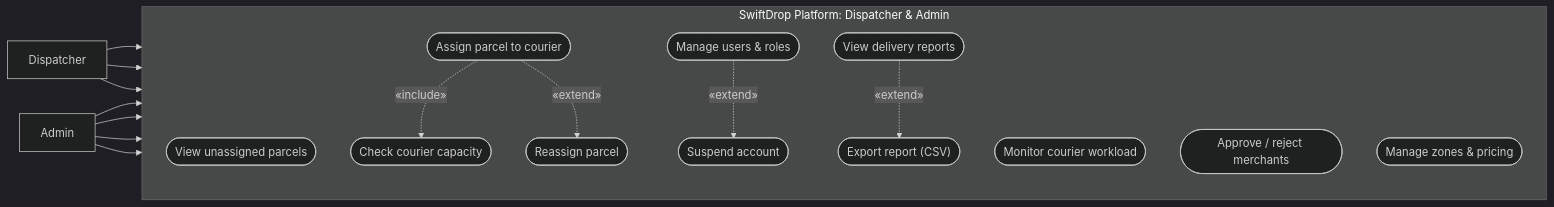
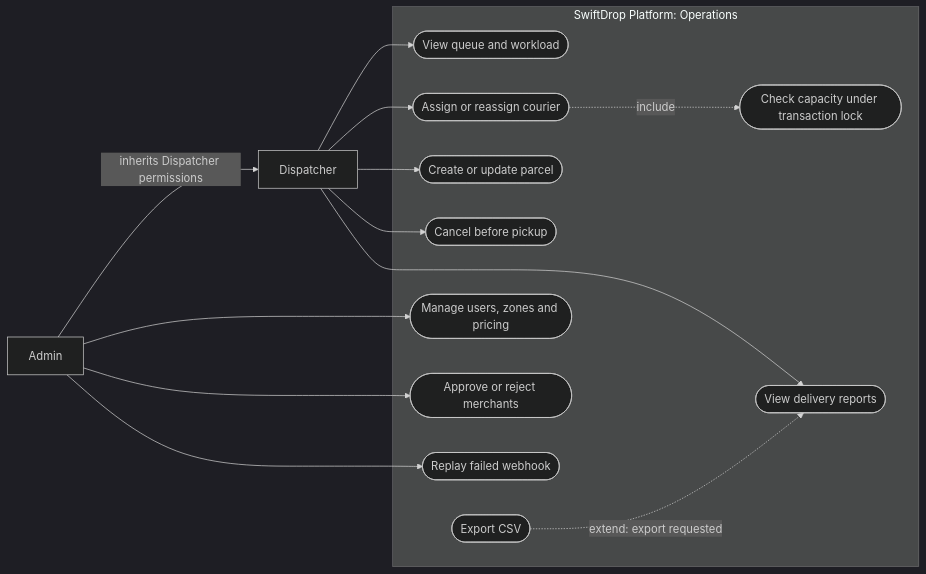
One commit to doktur-umair/swiftdrop changed the fourth of 16 diagrams in SWIFTDROP_DESIGN_DOCUMENTATION.md. Above: the diagram before and after it, drawn with Mermaid (dark theme). The commit also changed other lines of this file and 88 other files, not shown here.

````diff
--- a/SWIFTDROP_DESIGN_DOCUMENTATION.md
+++ b/SWIFTDROP_DESIGN_DOCUMENTATION.md
@@ -317,35 +300,28 @@
 ```mermaid
 flowchart LR
     Dispatcher["Dispatcher"]
     Admin["Admin"]
-
-    subgraph Platform["SwiftDrop Platform: Dispatcher & Admin"]
-        direction TB
-        UC_D_ViewUnassigned(["View unassigned parcels"])
-        UC_D_Assign(["Assign parcel to courier"])
-        UC_D_Capacity(["Check courier capacity"])
-        UC_D_Reassign(["Reassign parcel"])
-        UC_D_Monitor(["Monitor courier workload"])
-        
-        UC_A_Users(["Manage users & roles"])
-        UC_A_Suspend(["Suspend account"])
-        UC_A_Approve(["Approve / reject merchants"])
-        UC_A_Pricing(["Manage zones & pricing"])
-        UC_A_Reports(["View delivery reports"])
-        UC_A_Export(["Export report (CSV)"])
+    Admin -->|"inherits Dispatcher permissions"| Dispatcher
+    subgraph Platform["SwiftDrop Platform: Operations"]
+        Queue(["View queue and workload"])
+        Assign(["Assign or reassign courier"])
+        Capacity(["Check capacity under transaction lock"])
+        CreateUpdate(["Create or update parcel"])
+        Cancel(["Cancel before pickup"])
+        Reports(["View delivery reports"])
+        Export(["Export CSV"])
+        Users(["Manage users, zones and pricing"])
+        Approve(["Approve or reject merchants"])
+        Replay(["Replay failed webhook"])
     end
-
-    Dispatcher --> UC_D_ViewUnassigned
-    Dispatcher --> UC_D_Assign
-    Dispatcher --> UC_D_Monitor
-
-    Admin --> UC_A_Users
-    Admin --> UC_A_Approve
-    Admin --> UC_A_Pricing
-    Admin --> UC_A_Reports
-
-    UC_D_Assign -.->|«include»| UC_D_Capacity
-    UC_D_Assign -.->|«extend»| UC_D_Reassign
-    UC_A_Users -.->|«extend»| UC_A_Suspend
-    UC_A_Reports -.->|«extend»| UC_A_Export
+    Dispatcher --> Queue
+    Dispatcher --> Assign
+    Dispatcher --> CreateUpdate
+    Dispatcher --> Cancel
+    Dispatcher --> Reports
+    Assign -.->|include| Capacity
+    Export -.->|"extend: export requested"| Reports
+    Admin --> Users
+    Admin --> Approve
+    Admin --> Replay
 ```
````
